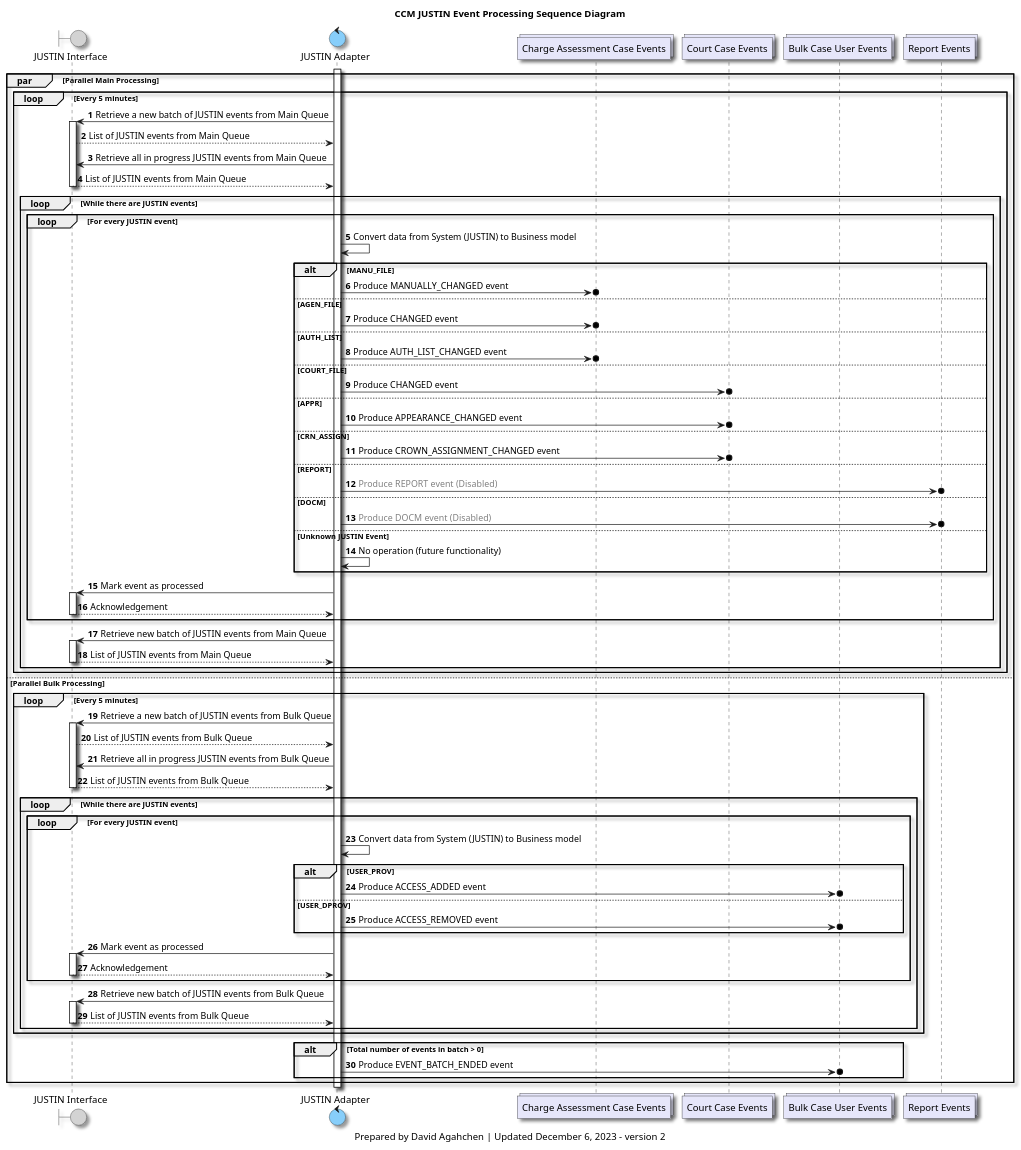
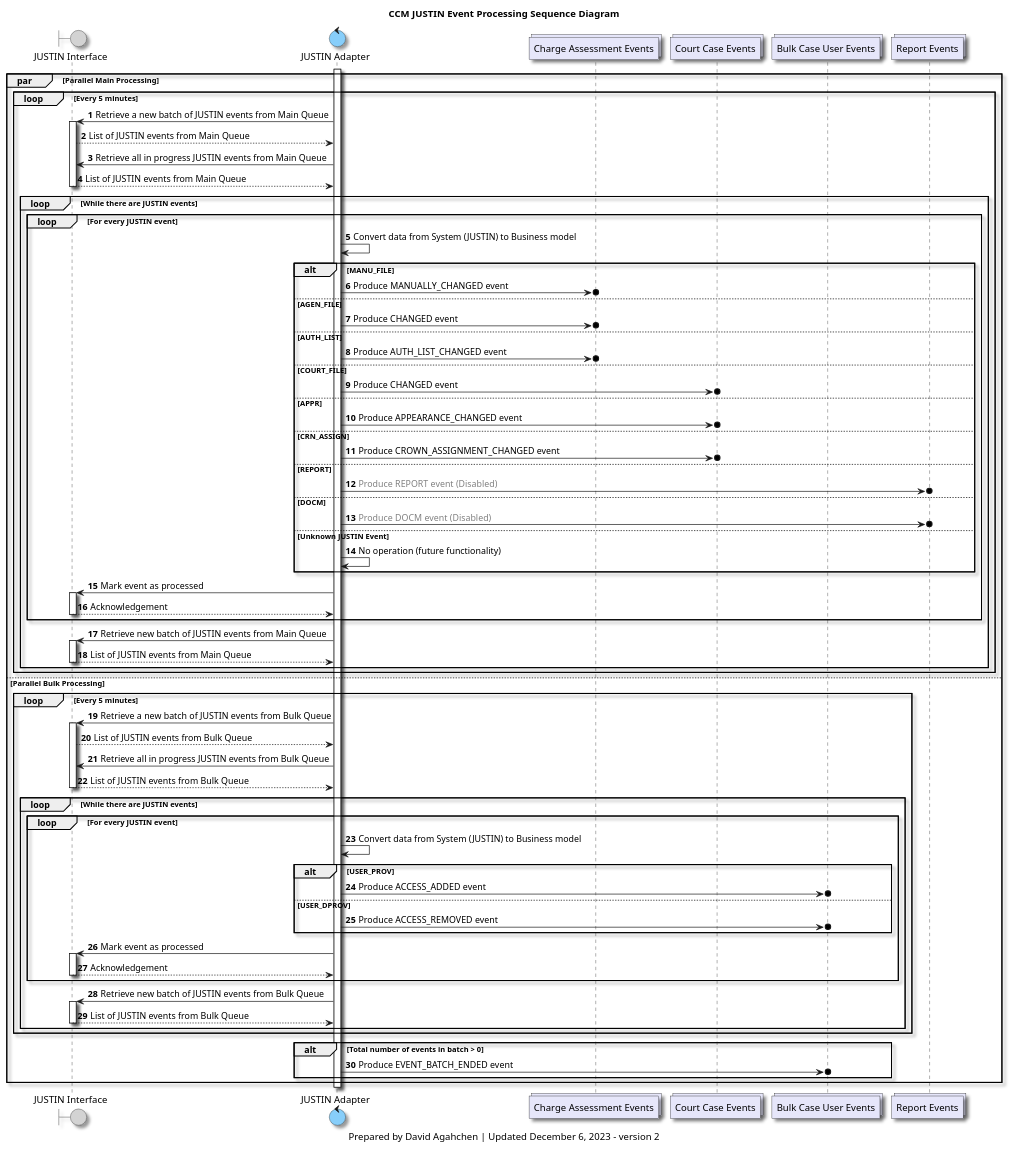
One commit to bcgov/jpss-jade-ccm changed the diagram in diagrams/ccm_justin_event_processing_sequence_diagram.plantuml. Above: the diagram before and after it, drawn with PlantUML. The commit also changed 1 other file, not shown here.

Commit message:
Update charge_assessments_topic event name

```diff
--- a/diagrams/ccm_justin_event_processing_sequence_diagram.plantuml
+++ b/diagrams/ccm_justin_event_processing_sequence_diagram.plantuml
@@ -1,114 +1,114 @@
 @startuml
 'hide footbox
 
 skinparam Shadowing true
 skinparam CollectionsBackgroundColor Lavender
 skinparam ControlBackgroundColor LightSkyBlue
 skinparam BoundaryBackgroundColor LightGrey
 
 /' 
 Available colours
 https://plantuml-documentation.readthedocs.io/en/latest/formatting/color-names.html
 '/
 
 boundary j_interface as "JUSTIN Interface"
 control j_adapter as "JUSTIN Adapter"
-collections charge_assessment_cases_topic as "Charge Assessment Case Events"
+collections charge_assessments_topic as "Charge Assessment Events"
 collections court_cases_topic as "Court Case Events"
 collections bulk_case_users_topic as "Bulk Case User Events"
 collections reports_topic as "Report Events"
 
 title
 CCM JUSTIN Event Processing Sequence Diagram
 end title
 
 autonumber
 
 activate j_adapter
 
 par Parallel Main Processing
 
     loop Every 5 minutes
         j_adapter-> j_interface: Retrieve a new batch of JUSTIN events from Main Queue
         activate j_interface
         j_interface --> j_adapter: List of JUSTIN events from Main Queue
         j_adapter-> j_interface: Retrieve all in progress JUSTIN events from Main Queue
         j_interface --> j_adapter: List of JUSTIN events from Main Queue
         deactivate j_interface
 
         loop While there are JUSTIN events
             loop For every JUSTIN event
                 j_adapter -> j_adapter: Convert data from System (JUSTIN) to Business model
                 alt MANU_FILE
-                    j_adapter ->o charge_assessment_cases_topic: Produce MANUALLY_CHANGED event
+                    j_adapter ->o charge_assessments_topic: Produce MANUALLY_CHANGED event
                 else AGEN_FILE
-                    j_adapter ->o charge_assessment_cases_topic: Produce CHANGED event
+                    j_adapter ->o charge_assessments_topic: Produce CHANGED event
                 else AUTH_LIST
-                    j_adapter ->o charge_assessment_cases_topic: Produce AUTH_LIST_CHANGED event
+                    j_adapter ->o charge_assessments_topic: Produce AUTH_LIST_CHANGED event
                 else COURT_FILE
                     j_adapter ->o court_cases_topic: Produce CHANGED event
                 else APPR
                     j_adapter ->o court_cases_topic: Produce APPEARANCE_CHANGED event
                 else CRN_ASSIGN
                     j_adapter ->o court_cases_topic: Produce CROWN_ASSIGNMENT_CHANGED event
                 else REPORT
                     j_adapter ->o reports_topic: <font color=grey>Produce REPORT event (Disabled)</font>
                 else DOCM
                     j_adapter ->o reports_topic: <font color=grey>Produce DOCM event (Disabled)</font>
                 else Unknown JUSTIN Event
                     j_adapter -> j_adapter: No operation (future functionality)
                 end
                 j_adapter -> j_interface: Mark event as processed
                 activate j_interface
                 j_interface --> j_adapter: Acknowledgement
                 deactivate j_interface
             end
 
             j_adapter-> j_interface: Retrieve new batch of JUSTIN events from Main Queue
             activate j_interface
             j_interface --> j_adapter: List of JUSTIN events from Main Queue
             deactivate j_interface
         end
     end
 
 else Parallel Bulk Processing
 
     loop Every 5 minutes
         j_adapter-> j_interface: Retrieve a new batch of JUSTIN events from Bulk Queue
         activate j_interface
         j_interface --> j_adapter: List of JUSTIN events from Bulk Queue
         j_adapter-> j_interface: Retrieve all in progress JUSTIN events from Bulk Queue
         j_interface --> j_adapter: List of JUSTIN events from Bulk Queue
         deactivate j_interface
 
         loop While there are JUSTIN events
             loop For every JUSTIN event
                 j_adapter -> j_adapter: Convert data from System (JUSTIN) to Business model
                 alt USER_PROV
                     j_adapter ->o bulk_case_users_topic: Produce ACCESS_ADDED event
                 else USER_DPROV
                     j_adapter ->o bulk_case_users_topic: Produce ACCESS_REMOVED event
                 end
                 j_adapter -> j_interface: Mark event as processed
                 activate j_interface
                 j_interface --> j_adapter: Acknowledgement
                 deactivate j_interface
             end
 
             j_adapter-> j_interface: Retrieve new batch of JUSTIN events from Bulk Queue
             activate j_interface
             j_interface --> j_adapter: List of JUSTIN events from Bulk Queue
             deactivate j_interface
         end
     end
 
     alt Total number of events in batch > 0
         j_adapter ->o bulk_case_users_topic : Produce EVENT_BATCH_ENDED event
     end
 end
 deactivate j_adapter
 
 caption
 Prepared by David Agahchen | Updated December 6, 2023 - version 2
 end caption
 @enduml
```
